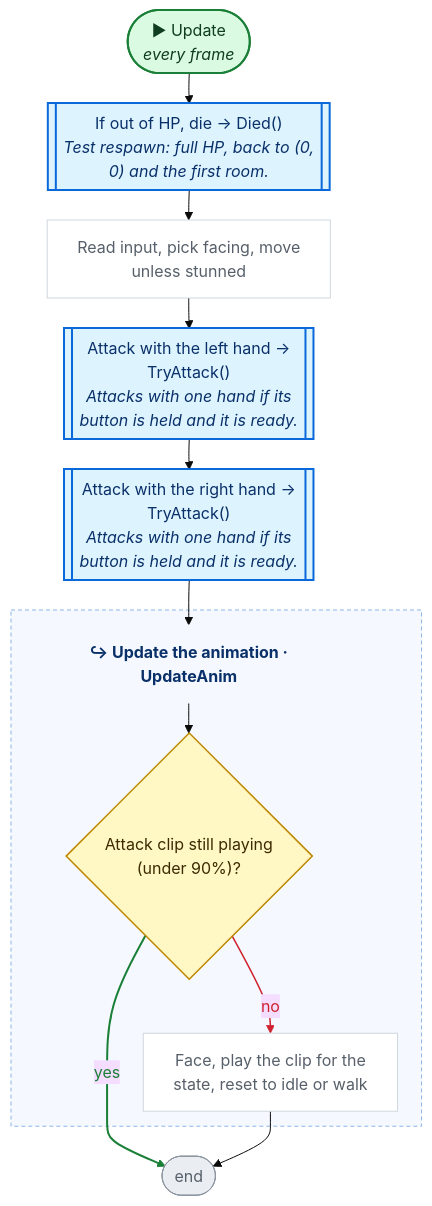
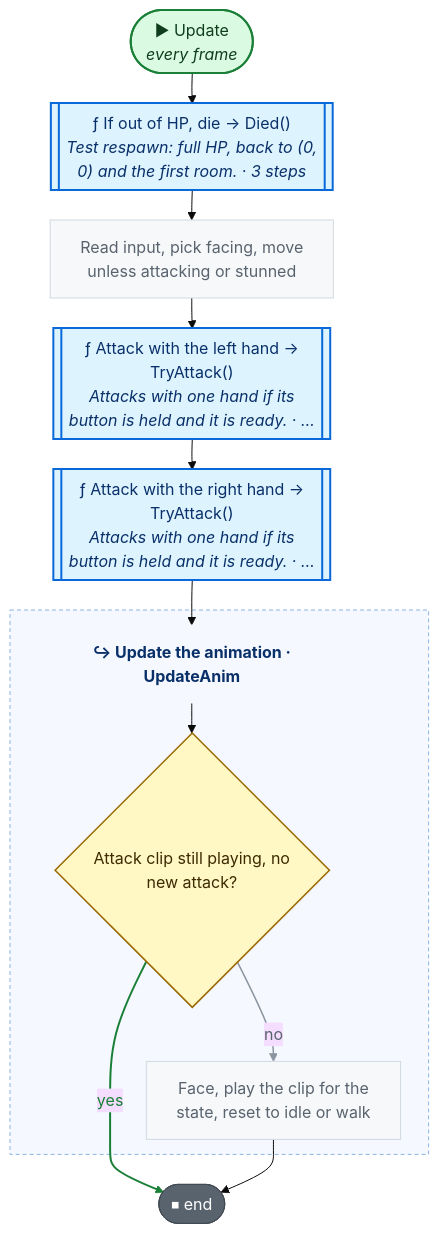
Before and after one commit to nataiai/Lord-of-the-Dungeon: the eighth of 15 diagrams in CodeGraph~/graph/Player.cs.md, drawn with Mermaid (base theme). The commit also changed other lines of this file and 57 other files, not shown here.

````diff
--- a/CodeGraph~/graph/Player.cs.md
+++ b/CodeGraph~/graph/Player.cs.md
@@ -426,56 +417,56 @@
 ```mermaid
 ---
 config:
   flowchart:
     wrappingWidth: 260
     nodeSpacing: 26
     rankSpacing: 30
 ---
 flowchart TD
   nS(["▶ Update<br><i>every frame</i>"])
-  ne77943[["If out of HP, die → Died()<br><i>Test respawn: full HP, back to (0,</i><br><i>0) and the first room.</i>"]]
-  ndbd064["Read input, pick facing, move<br>unless stunned"]
-  n5070fd[["Attack with the left hand →<br>TryAttack()<br><i>Attacks with one hand if its</i><br><i>button is held and it is ready.</i>"]]
-  n1bd7f4[["Attack with the right hand →<br>TryAttack()<br><i>Attacks with one hand if its</i><br><i>button is held and it is ready.</i>"]]
+  ne77943[["ƒ If out of HP, die → Died()<br><i>Test respawn: full HP, back to (0,</i><br><i>0) and the first room. · 3 steps</i>"]]
+  ndbd064["Read input, pick facing, move<br>unless attacking or stunned"]
+  n5070fd[["ƒ Attack with the left hand →<br>TryAttack()<br><i>Attacks with one hand if its</i><br><i>button is held and it is ready. · …</i>"]]
+  n1bd7f4[["ƒ Attack with the right hand →<br>TryAttack()<br><i>Attacks with one hand if its</i><br><i>button is held and it is ready. · …</i>"]]
   n640727_h["↪ Update the animation ·<br>UpdateAnim"]
-  n640727_nd104f0{"Attack clip still playing<br>(under 90%)?"}
+  n640727_nd104f0{"Attack clip still playing, no<br>new attack?"}
   n640727_n019d10["Face, play the clip for the<br>state, reset to idle or walk"]
-  nE(["end"])
+  nE(["⏹ end"])
   subgraph n640727_g[" "]
     n640727_h
     n640727_nd104f0
     n640727_n019d10
   end
   style n640727_g fill:#f5f9ff,stroke:#8cb4e8,stroke-dasharray:4 3,color:#0a3069
   nS --> ne77943
   ne77943 --> ndbd064
   ndbd064 --> n5070fd
   n5070fd --> n1bd7f4
   n1bd7f4 --> n640727_h
   n640727_h --> n640727_nd104f0
   n640727_nd104f0 -->|no| n640727_n019d10
   n640727_nd104f0 -->|yes| nE
   n640727_n019d10 --> nE
-  linkStyle 6 stroke:#cf222e,stroke-width:1.5px,color:#cf222e
+  linkStyle 6 stroke:#8c959f,stroke-width:1.5px,color:#59636e
   linkStyle 7 stroke:#1a7f37,stroke-width:2px,color:#1a7f37
   classDef unity fill:#dafbe1,stroke:#1a7f37,stroke-width:2px,color:#0f3d1d
   classDef start fill:#dafbe1,stroke:#1a7f37,stroke-width:2px,color:#0f3d1d
-  classDef calc fill:#ffffff,stroke:#d0d7de,color:#57606a
+  classDef calc fill:#f6f8fa,stroke:#d1d9e0,color:#59636e
   classDef calls fill:#ddf4ff,stroke:#0969da,stroke-width:2px,color:#0a3069
-  classDef ext fill:#ddf4ff,stroke:#0969da,stroke-width:2px,stroke-dasharray:5 3,color:#0a3069
-  classDef cond fill:#fff8c5,stroke:#bf8700,stroke-width:1.5px,color:#3d2a00
-  classDef loop fill:#f6f8fa,stroke:#57606a,color:#1f2328
-  classDef exit fill:#ffebe9,stroke:#cf222e,color:#82071e
+  classDef ext fill:#f6f8fa,stroke:#59636e,stroke-width:1.5px,stroke-dasharray:5 5,color:#1f2328
+  classDef cond fill:#fff8c5,stroke:#9a6700,stroke-width:1.5px,color:#3d2a00
+  classDef loop fill:#fff8c5,stroke:#9a6700,color:#3d2a00
+  classDef wait fill:#fff8c5,stroke:#9a6700,color:#3d2a00
+  classDef exit fill:#59636e,stroke:#424a53,color:#ffffff
+  classDef fin fill:#59636e,stroke:#424a53,color:#ffffff
+  classDef act fill:#ffffff,stroke:#59636e,stroke-width:1.5px,color:#1f2328
   classDef kill fill:#ffebe9,stroke:#cf222e,stroke-width:2px,color:#82071e
-  classDef spawn fill:#dafbe1,stroke:#1a7f37,stroke-width:2px,color:#0f3d1d
-  classDef wait fill:#fff1e5,stroke:#bc4c00,color:#4d1d00
-  classDef fin fill:#eaeef2,stroke:#8c959f,color:#57606a
   classDef join fill:#d0d7de,stroke:#8c959f,color:#57606a
   classDef ghdr fill:#f5f9ff,stroke:#f5f9ff,color:#0a3069,font-weight:bold
   class ndbd064,n640727_n019d10 calc
   class ne77943,n5070fd,n1bd7f4 calls
   class n640727_nd104f0 cond
   class nE fin
   class n640727_h ghdr
   class nS unity
 ```
````
